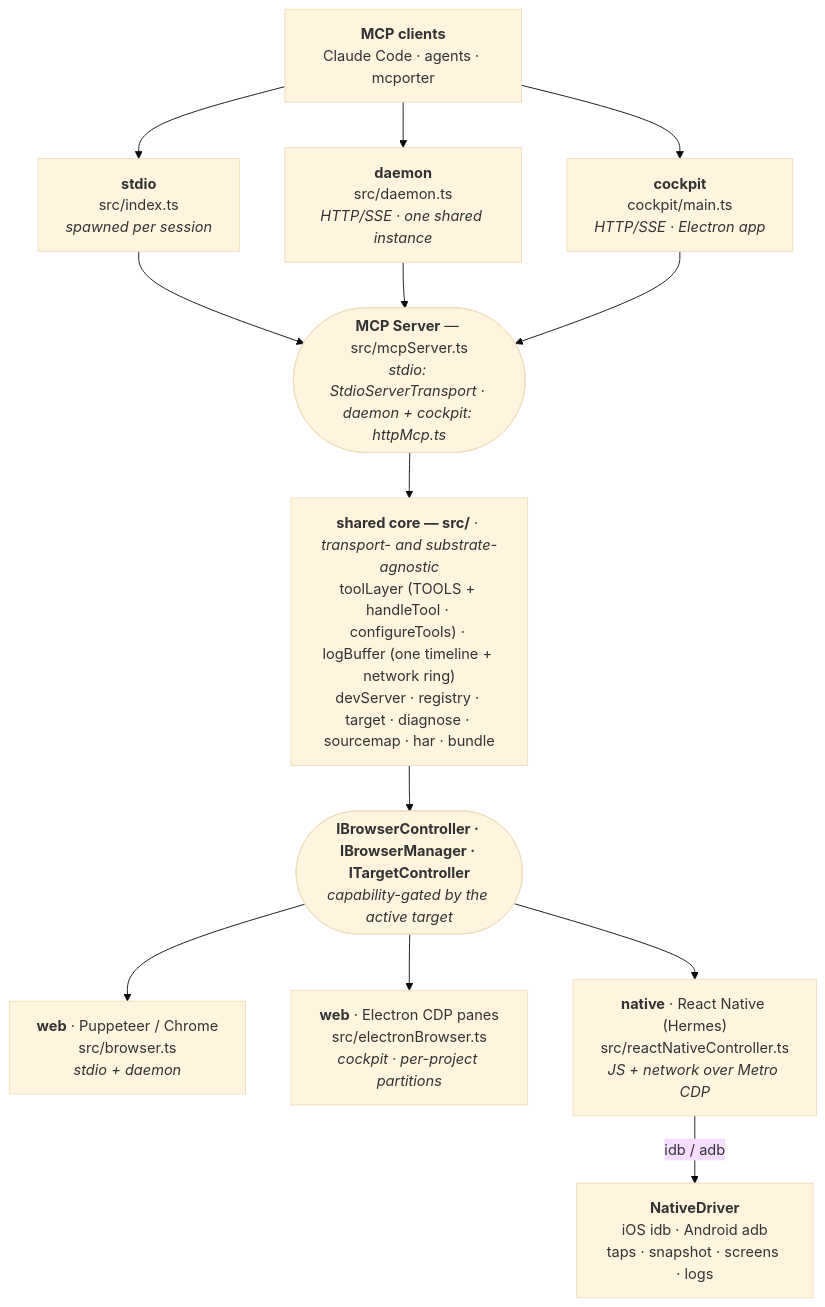
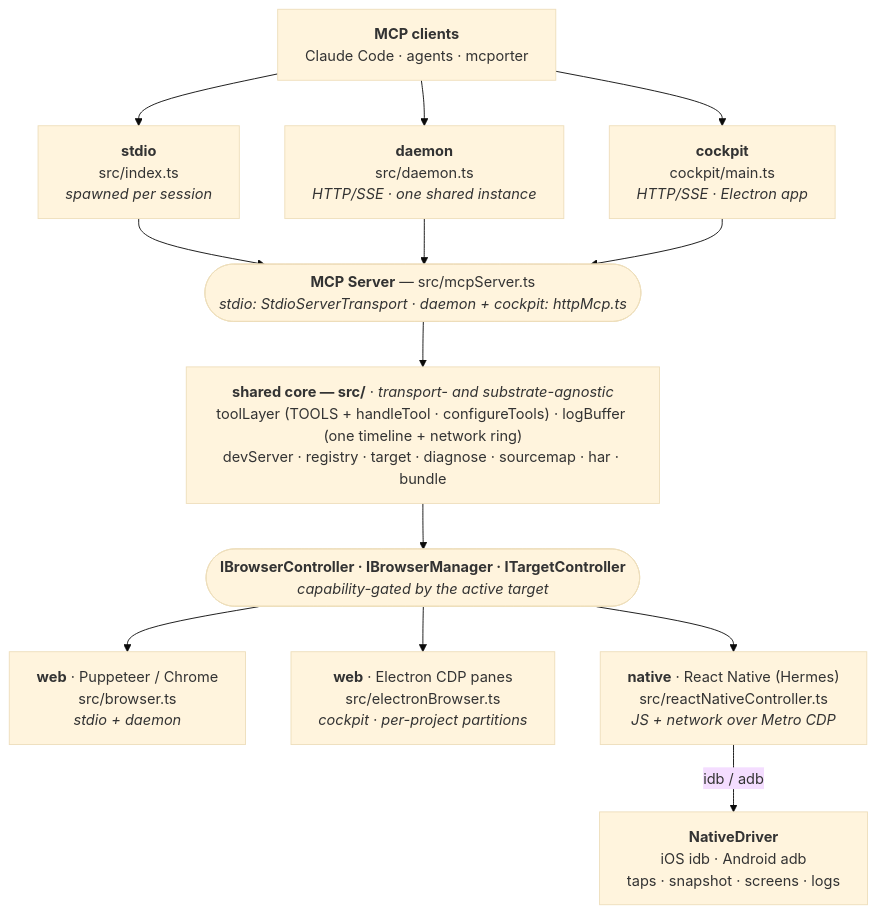
The diagram in README.md (vincentvella/devloop), drawn with Mermaid (base theme) before and after one commit. The commit also changed 1 other file, not shown here.

Commit message:
docs: widen diagram nodes (wrappingWidth) so labels don't over-wrap
The shared-core node wrapped into ~13 lines at mermaid's default ~200px wrapping
width. Add a %%{init}%% flowchart.wrappingWidth:460 directive (honored on GitHub +
the site) so the <br/>-delimited lines stay on one line — boxes are wider, ~5 lines
instead of 13, still scales to a readable size.

````diff
--- a/README.md
+++ b/README.md
@@ -38,26 +38,27 @@
 ```mermaid
+%%{init: {"flowchart": {"wrappingWidth": 460}}}%%
 flowchart TD
   clients["<b>MCP clients</b><br/>Claude Code · agents · mcporter"]
   clients --> stdio & daemon & cockpit
 
   stdio["<b>stdio</b><br/>src/index.ts<br/><i>spawned per session</i>"]
   daemon["<b>daemon</b><br/>src/daemon.ts<br/><i>HTTP/SSE · one shared instance</i>"]
   cockpit["<b>cockpit</b><br/>cockpit/main.ts<br/><i>HTTP/SSE · Electron app</i>"]
 
   stdio --> mcp
   daemon --> mcp
   cockpit --> mcp
   mcp(["<b>MCP Server</b> — src/mcpServer.ts<br/><i>stdio: StdioServerTransport · daemon + cockpit: httpMcp.ts</i>"])
   mcp --> core
 
   core["<b>shared core — src/</b> · <i>transport- and substrate-agnostic</i><br/>toolLayer (TOOLS + handleTool · configureTools) · logBuffer (one timeline + network ring)<br/>devServer · registry · target · diagnose · sourcemap · har · bundle"]
 
   core --> iface(["<b>IBrowserController · IBrowserManager · ITargetController</b><br/><i>capability-gated by the active target</i>"])
   iface --> pup & elec & rn
 
   pup["<b>web</b> · Puppeteer / Chrome<br/>src/browser.ts<br/><i>stdio + daemon</i>"]
   elec["<b>web</b> · Electron CDP panes<br/>src/electronBrowser.ts<br/><i>cockpit · per-project partitions</i>"]
   rn["<b>native</b> · React Native (Hermes)<br/>src/reactNativeController.ts<br/><i>JS + network over Metro CDP</i>"]
 
   rn -->|"idb / adb"| nd["<b>NativeDriver</b><br/>iOS idb · Android adb<br/>taps · snapshot · screens · logs"]
 ```
````
